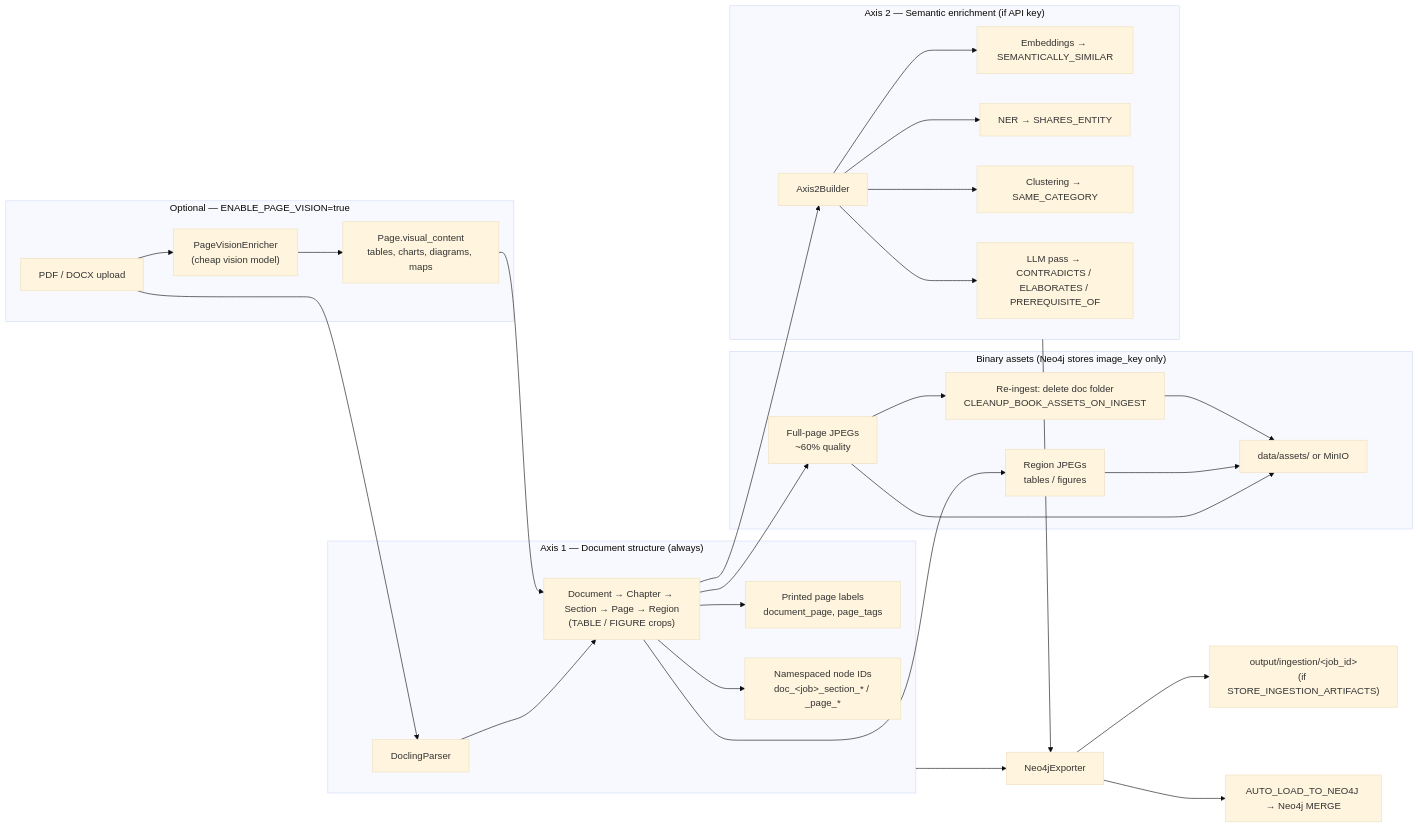
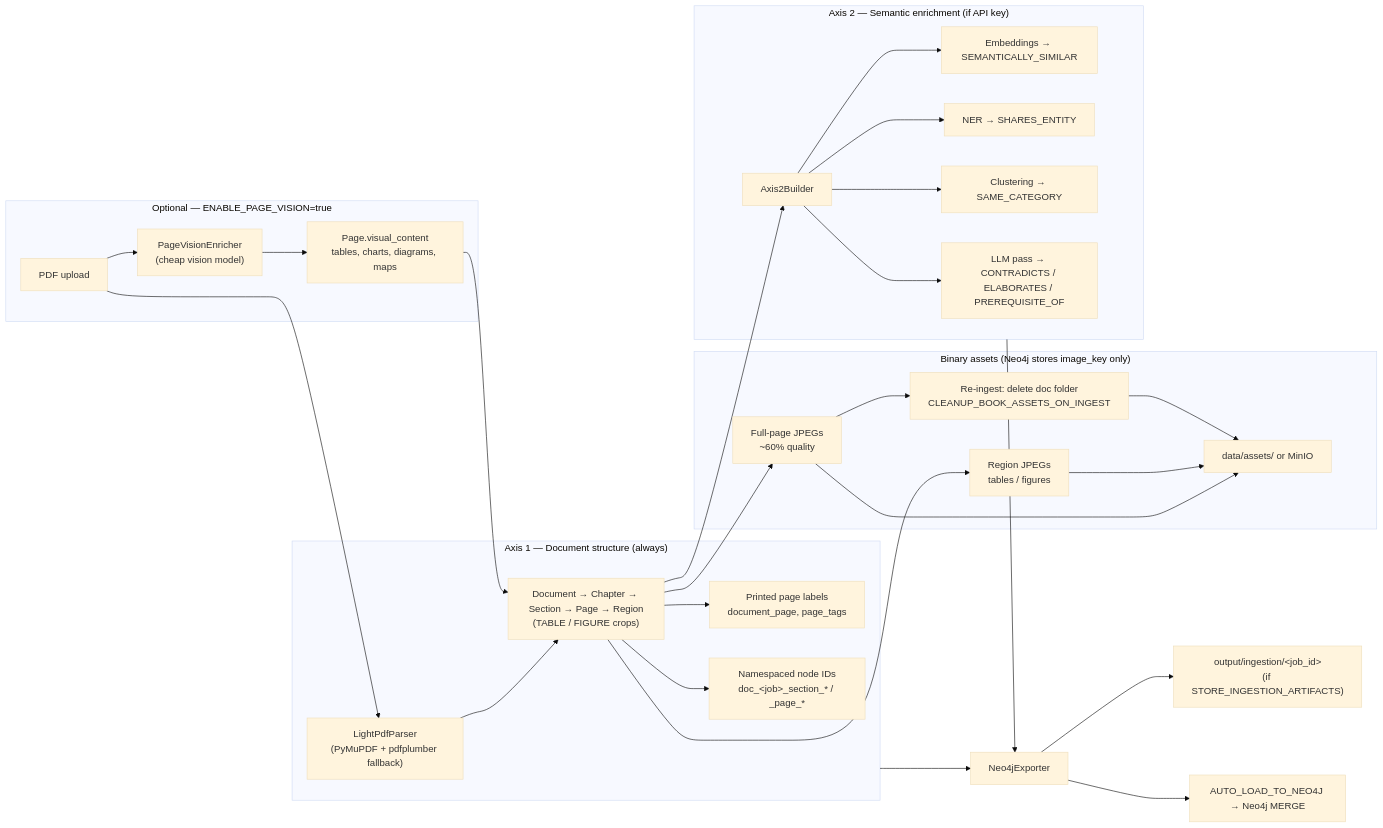
One commit to umerjavaidkh/agentic_graph_rag changed the second of 3 diagrams in README.md. Above: the diagram before and after it, drawn with Mermaid (base theme). The commit also changed other lines of this file and 16 other files, not shown here.

First line of the commit message:
Replace Docling with lightweight PyMuPDF/pdfplumber PDF parser.

````diff
--- a/README.md
+++ b/README.md
@@ -580,38 +580,38 @@
 ```mermaid
 flowchart LR
-    PDF["PDF / DOCX upload"] --> P["DoclingParser"]
+    PDF["PDF upload"] --> P["LightPdfParser<br/>(PyMuPDF + pdfplumber fallback)"]
 
     subgraph A1["Axis 1 — Document structure (always)"]
         P --> TREE["Document → Chapter → Section → Page → Region<br/>(TABLE / FIGURE crops)"]
         TREE --> PN["Printed page labels<br/>document_page, page_tags"]
         TREE --> IDS["Namespaced node IDs<br/>doc_&lt;job&gt;_section_* / _page_*"]
     end
 
     subgraph Media["Binary assets (Neo4j stores image_key only)"]
         TREE --> PI["Full-page JPEGs<br/>~60% quality"]
         TREE --> RI["Region JPEGs<br/>tables / figures"]
         PI --> STORE["data/assets/ or MinIO"]
         RI --> STORE
         PI --> CLEAN1["Re-ingest: delete doc folder<br/>CLEANUP_BOOK_ASSETS_ON_INGEST"]
         CLEAN1 --> STORE
     end
 
     subgraph OptVision["Optional — ENABLE_PAGE_VISION=true"]
         PDF --> PV["PageVisionEnricher<br/>(cheap vision model)"]
         PV --> VC["Page.visual_content<br/>tables, charts, diagrams, maps"]
         VC --> TREE
     end
 
     subgraph A2["Axis 2 — Semantic enrichment (if API key)"]
         TREE --> AX2["Axis2Builder"]
         AX2 --> E1["Embeddings → SEMANTICALLY_SIMILAR"]
         AX2 --> E2["NER → SHARES_ENTITY"]
         AX2 --> E3["Clustering → SAME_CATEGORY"]
         AX2 --> E4["LLM pass → CONTRADICTS / ELABORATES / PREREQUISITE_OF"]
     end
 
     A2 --> EXP["Neo4jExporter"]
     A1 --> EXP
     EXP --> OUT["output/ingestion/&lt;job_id&gt;<br/>(if STORE_INGESTION_ARTIFACTS)"]
     EXP --> LOAD["AUTO_LOAD_TO_NEO4J → Neo4j MERGE"]
 ```
````
